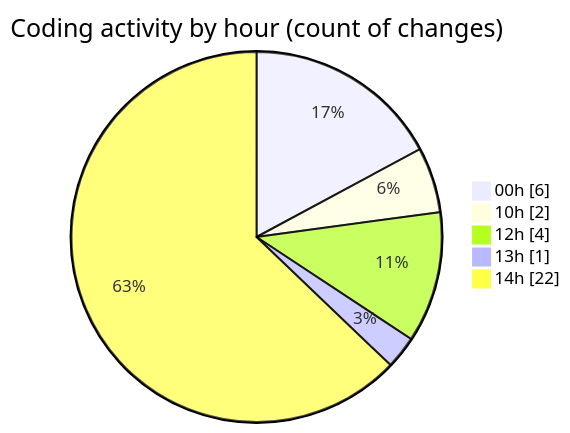
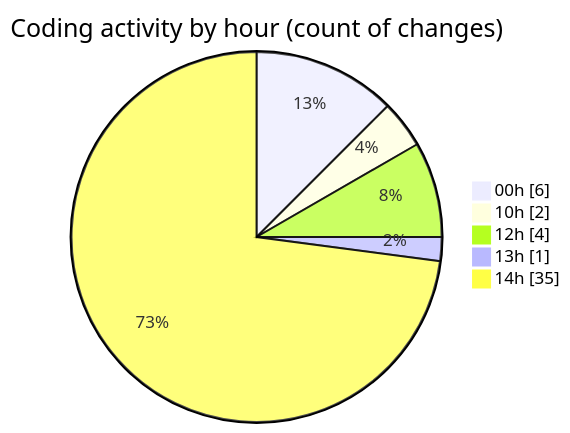
Before and after one commit to nxtqubesakshisongat/code-tracking: the second of 2 diagrams in 2025-06-04/nxtqube_webapp/README.md, drawn with Mermaid. The commit also changed other lines of this file and 1 other file, not shown here.

````diff
--- a/2025-06-04/nxtqube_webapp/README.md
+++ b/2025-06-04/nxtqube_webapp/README.md
@@ -31,9 +32,9 @@
 ```mermaid
 pie showData
 title Coding activity by hour (count of changes)
 "00h" : 6
 "10h" : 2
 "12h" : 4
 "13h" : 1
-"14h" : 22
+"14h" : 35
 ```
````
